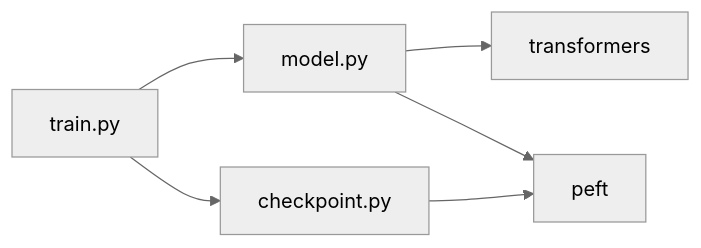
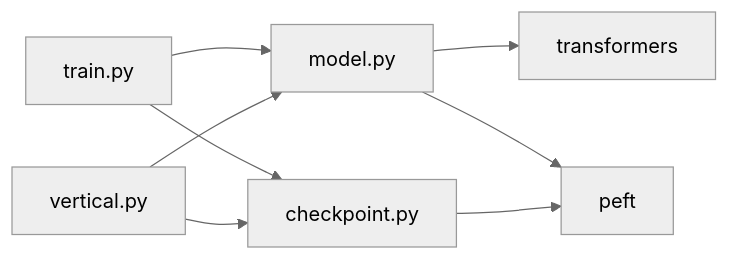
One commit to joezxh/kev changed the sixth of 6 diagrams in .qoder/repowiki/zh/content/模型架构详解/LoRA 适配器/LoRA 适配器.md. Above: the diagram before and after it, drawn with Mermaid (neutral theme). The commit also changed other lines of this file and 101 other files, not shown here.

````diff
--- a/.qoder/repowiki/zh/content/模型架构详解/LoRA 适配器/LoRA 适配器.md
+++ b/.qoder/repowiki/zh/content/模型架构详解/LoRA 适配器/LoRA 适配器.md
@@ -190,8 +258,10 @@
 ```mermaid
 graph LR
 Train["train.py"] --> Model["model.py"]
 Train --> Checkpoint["checkpoint.py"]
+Vertical["vertical.py"] --> Model
+Vertical --> Checkpoint
 Model --> Transformers["transformers"]
 Model --> PEFT["peft"]
 Checkpoint --> PEFT
 ```
````
